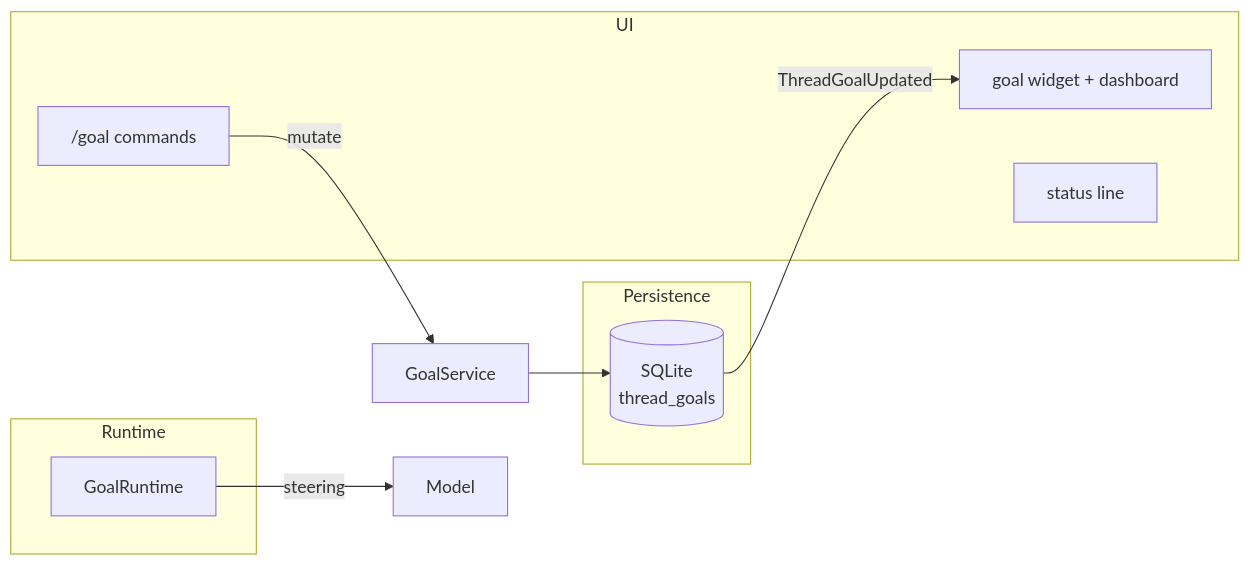
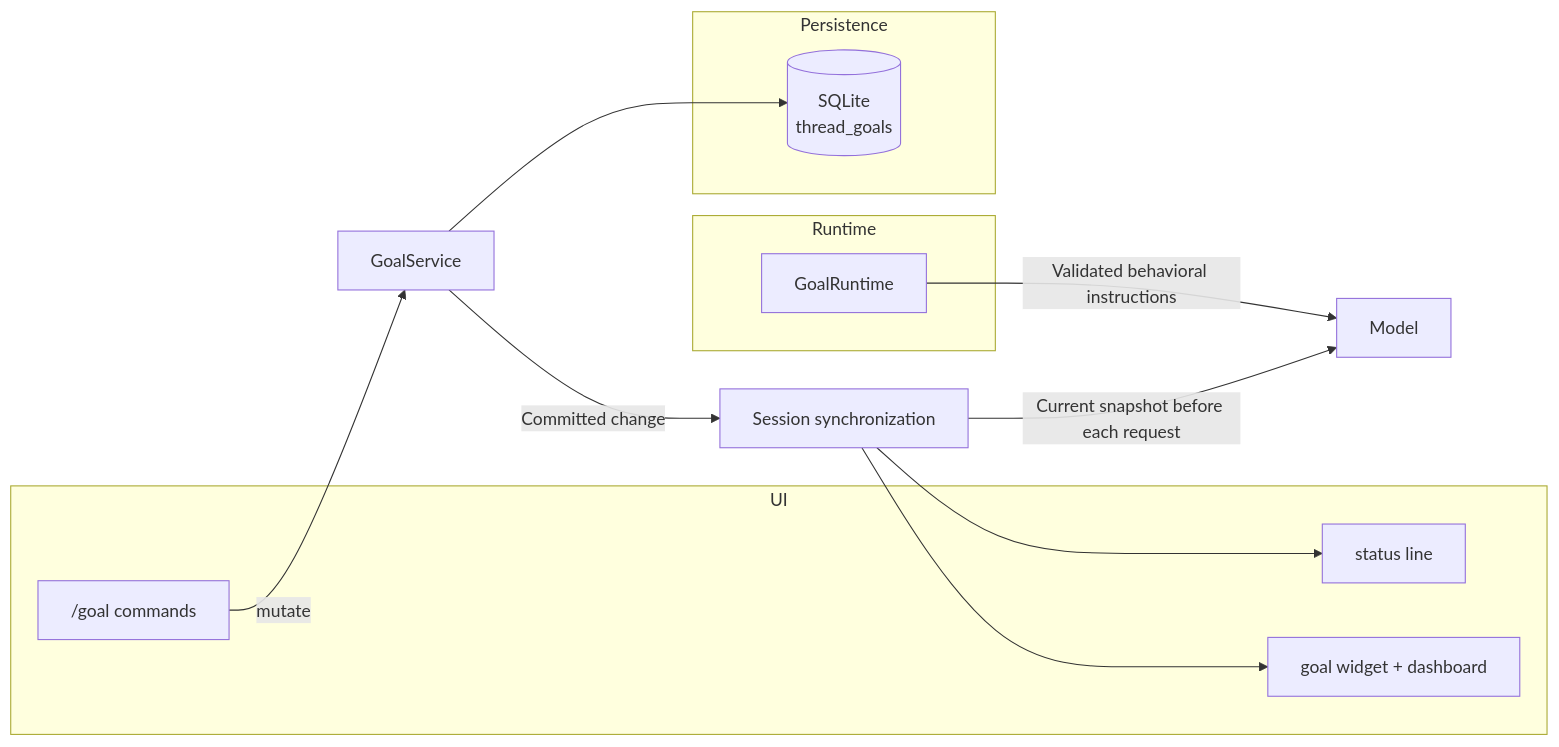
Before and after one commit to WeZZard/pi-secretary: the sixth of 6 diagrams in docs/arch/architecture.md, drawn with Mermaid. The commit also changed other lines of this file and 32 other files, not shown here.

````diff
--- a/docs/arch/architecture.md
+++ b/docs/arch/architecture.md
@@ -322,18 +350,21 @@
 ```mermaid
 flowchart LR
     subgraph Persistence
         DB[(SQLite<br/>thread_goals)]
     end
     subgraph Runtime
         RT[GoalRuntime]
     end
     subgraph UI
         WID["goal widget + dashboard"]
         STAT["status line"]
         CMD["/goal commands"]
     end
-    DB -- "ThreadGoalUpdated" --> WID
-    RT -- "steering" --> MODEL[Model]
+    SVC -- "Committed change" --> SYNC[Session synchronization]
+    SYNC --> WID
+    SYNC --> STAT
+    SYNC -- "Current snapshot before each request" --> MODEL[Model]
+    RT -- "Validated behavioral instructions" --> MODEL
     CMD -- "mutate" --> SVC[GoalService]
     SVC --> DB
 ```
````
